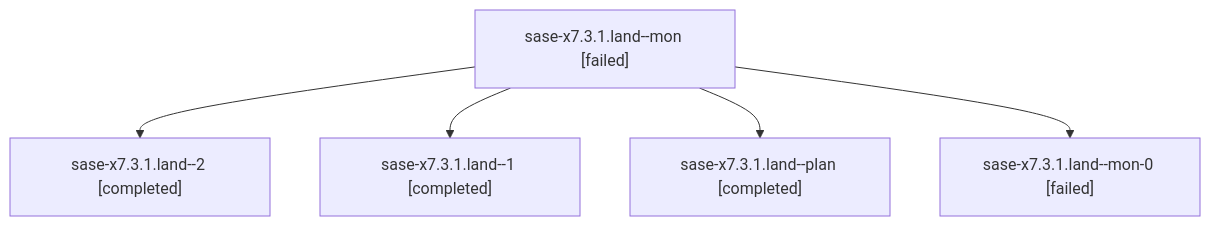
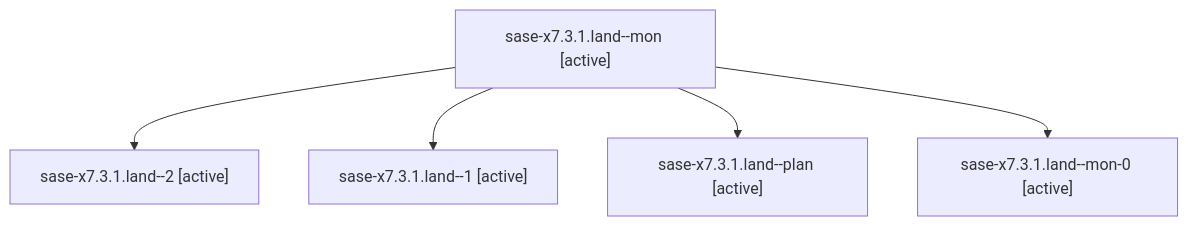
One commit to sase-org/sase--agents changed the diagram in families/bbugyi200.athena.sase-x7.3.1.land.md. Above: the diagram before and after it, drawn with Mermaid. The commit also changed other lines of this file and 35830 other files, not shown here.

````diff
--- a/families/bbugyi200.athena.sase-x7.3.1.land.md
+++ b/families/bbugyi200.athena.sase-x7.3.1.land.md
@@ -9,12 +9,12 @@
 ```mermaid
 flowchart TD
-  n0["sase-x7.3.1.land--mon [failed]"]
-  n1["sase-x7.3.1.land--2 [completed]"]
+  n0["sase-x7.3.1.land--mon [active]"]
+  n1["sase-x7.3.1.land--2 [active]"]
   n0 --> n1
-  n2["sase-x7.3.1.land--1 [completed]"]
+  n2["sase-x7.3.1.land--1 [active]"]
   n0 --> n2
-  n3["sase-x7.3.1.land--plan [completed]"]
+  n3["sase-x7.3.1.land--plan [active]"]
   n0 --> n3
-  n4["sase-x7.3.1.land--mon-0 [failed]"]
+  n4["sase-x7.3.1.land--mon-0 [active]"]
   n0 --> n4
 ```
````
